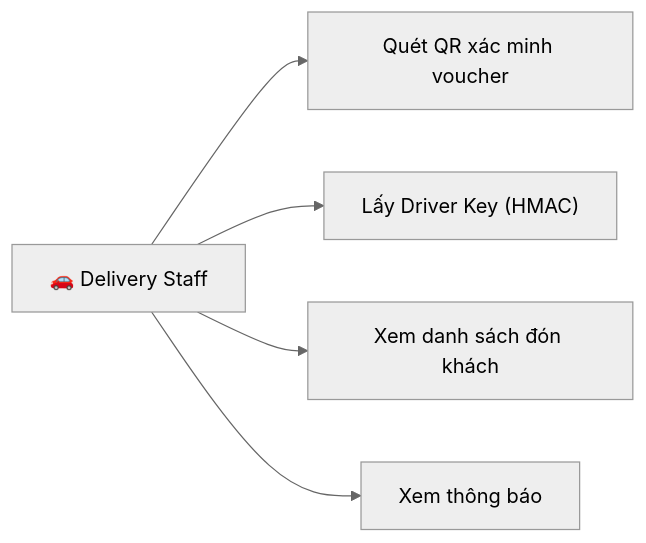
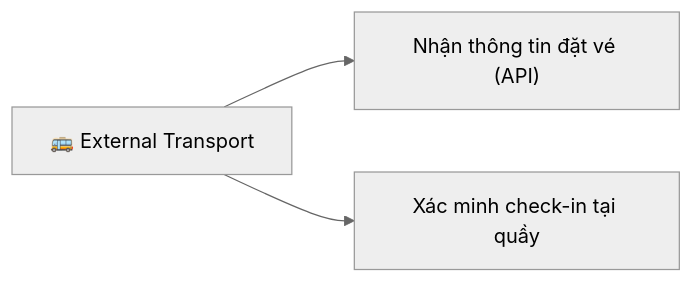
One commit to thanh-16/B2B_Tour changed the seventh of 24 diagrams in docs/actors.md. Above: the diagram before and after it, drawn with Mermaid (neutral theme). The commit also changed other lines of this file and 1 other file, not shown here.

Commit message:
update: loai bo driver va tich hop doi tac van chuyen ben ngoai

````diff
--- a/docs/actors.md
+++ b/docs/actors.md
@@ -241,9 +234,7 @@
 ```mermaid
 graph LR
-    DS["🚗 Delivery Staff"]
+    EXT["🚌 External Transport"]
 
-    DS --> UC_QR["Quét QR xác minh voucher"]
-    DS --> UC_KEY["Lấy Driver Key (HMAC)"]
-    DS --> UC_LIST["Xem danh sách đón khách"]
-    DS --> UC_NOTI["Xem thông báo"]
+    EXT --> UC_API["Nhận thông tin đặt vé (API)"]
+    EXT --> UC_CI["Xác minh check-in tại quầy"]
 ```
````
